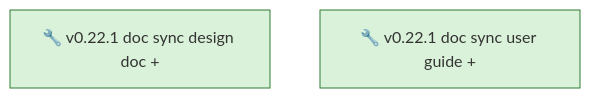
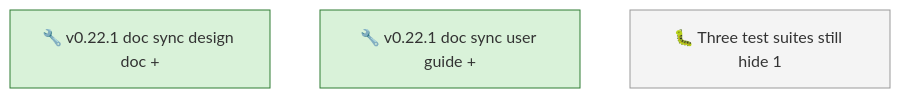
Before and after one commit to SpillwaveSolutions/wiki_ticket_sdd: the first of 2 diagrams in docs/roadmap.md, drawn with Mermaid. The commit also changed other lines of this file and 12 other files, not shown here.

````diff
--- a/docs/roadmap.md
+++ b/docs/roadmap.md
@@ -49,7 +53,10 @@
 ```mermaid
 graph TD
     01KZC7BEFK020YSGQSBB1Z70PX["🔧 v0.22.1 doc sync design doc +"]
     01KZC7BEN8HXMT90Q4P033YA0Q["🔧 v0.22.1 doc sync user guide +"]
+    01KZC83EFJV7S63VAXTPRB2YH3["🐛 Three test suites still hide 1"]
+    classDef todo fill:#f4f4f4,stroke:#999999
+    class 01KZC83EFJV7S63VAXTPRB2YH3 todo
     classDef in_progress fill:#d9f2d9,stroke:#2e7d32
     class 01KZC7BEFK020YSGQSBB1Z70PX,01KZC7BEN8HXMT90Q4P033YA0Q in_progress
 ```
````
